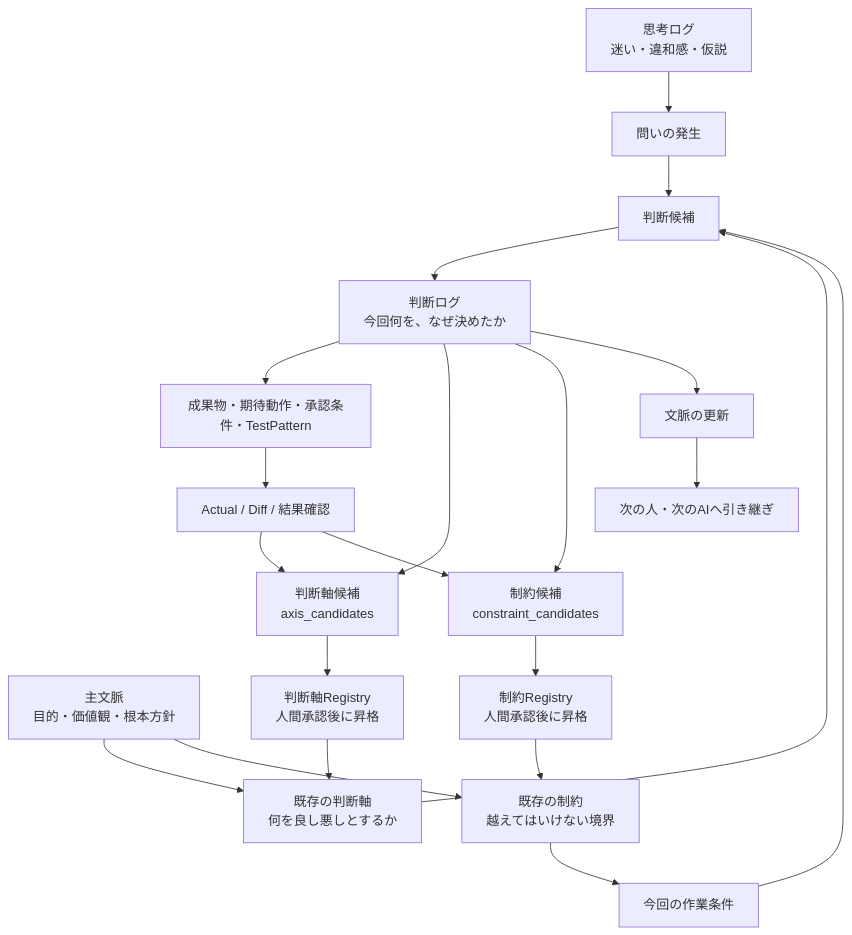
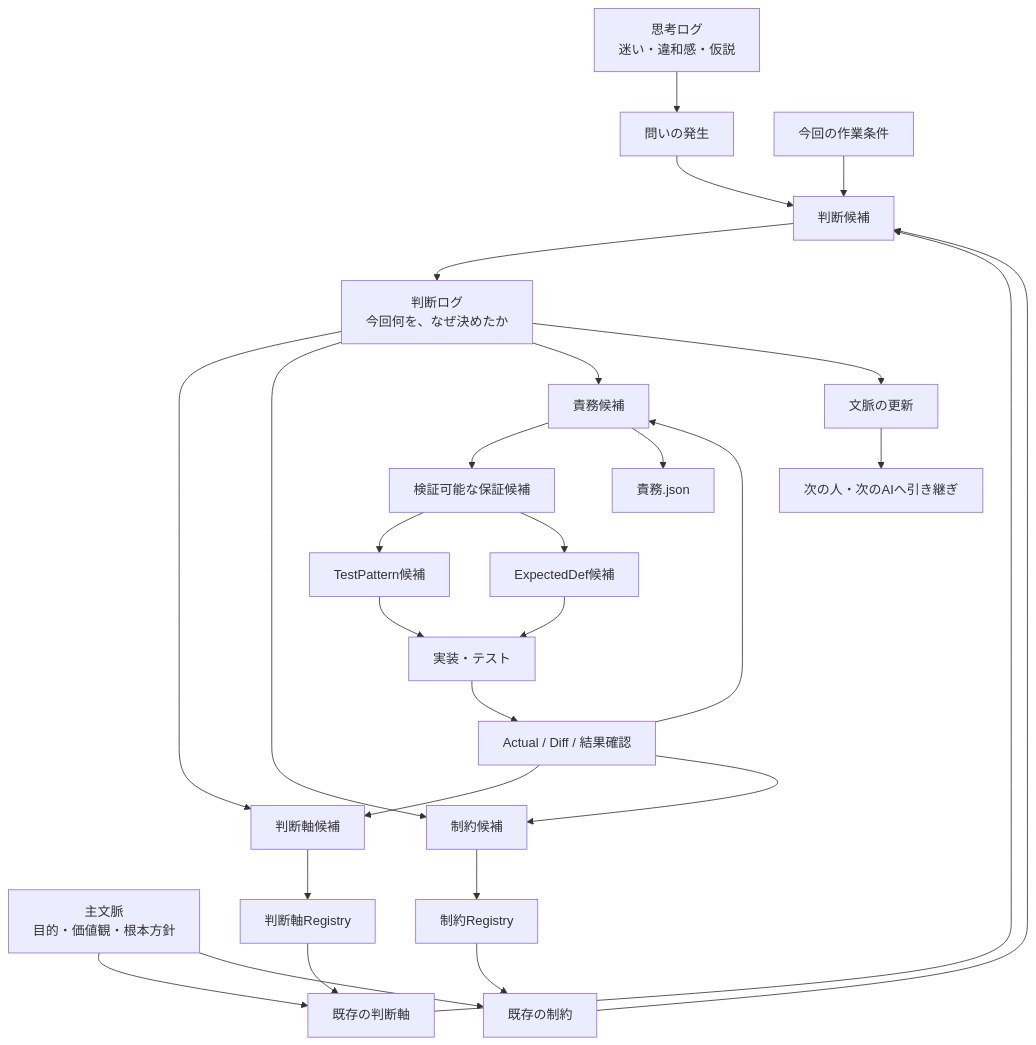
The first of 2 diagrams in articles/ai-collaboration-context-decision-log.md (tamasub/FRB), drawn with Mermaid before and after one commit. The commit also changed other lines of this file, not shown here.

````diff
--- a/articles/ai-collaboration-context-decision-log.md
+++ b/articles/ai-collaboration-context-decision-log.md
@@ -138,30 +142,40 @@
 ```mermaid
 flowchart TD
     A[思考ログ<br/>迷い・違和感・仮説] --> B[問いの発生]
 
-    D[主文脈<br/>目的・価値観・根本方針] --> C[既存の判断軸<br/>何を良し悪しとするか]
-    D --> X[既存の制約<br/>越えてはいけない境界]
+    P[主文脈<br/>目的・価値観・根本方針] --> AX[既存の判断軸]
+    P --> CO[既存の制約]
 
-    B --> E[判断候補]
-    C --> E
-    X --> W[今回の作業条件]
-    W --> E
+    B --> D[判断候補]
+    AX --> D
+    CO --> D
+    W[今回の作業条件] --> D
 
-    E --> J[判断ログ<br/>今回何を、なぜ決めたか]
-    J --> Y[成果物・期待動作・承認条件・TestPattern]
-    Y --> F[Actual / Diff / 結果確認]
+    D --> JL[判断ログ<br/>今回何を、なぜ決めたか]
 
-    J --> AC[判断軸候補<br/>axis_candidates]
-    J --> CC[制約候補<br/>constraint_candidates]
-    F --> AC
-    F --> CC
+    JL --> AC[判断軸候補]
+    JL --> CC[制約候補]
+    JL --> RC[責務候補]
 
-    AC --> AR[判断軸Registry<br/>人間承認後に昇格]
-    CC --> CR[制約Registry<br/>人間承認後に昇格]
+    RC --> VG[検証可能な保証候補]
+    VG --> TP[TestPattern候補]
+    VG --> ED[ExpectedDef候補]
 
-    AR --> C
-    CR --> X
+    TP --> IMPL[実装・テスト]
+    ED --> IMPL
+    IMPL --> RESULT[Actual / Diff / 結果確認]
 
-    J --> H[文脈の更新]
-    H --> I[次の人・次のAIへ引き継ぎ]
+    RESULT --> AC
+    RESULT --> CC
+    RESULT --> RC
+
+    AC --> AXR[判断軸Registry]
+    CC --> COR[制約Registry]
+    RC --> RR[責務.json]
+
+    AXR --> AX
+    COR --> CO
+
+    JL --> CTX[文脈の更新]
+    CTX --> NEXT[次の人・次のAIへ引き継ぎ]
 ```
````
